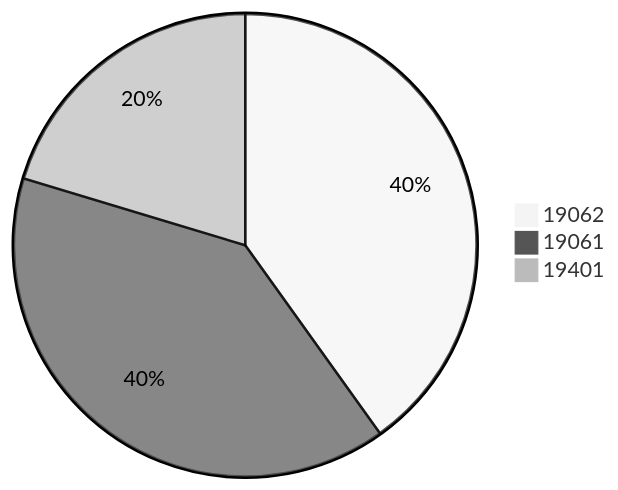
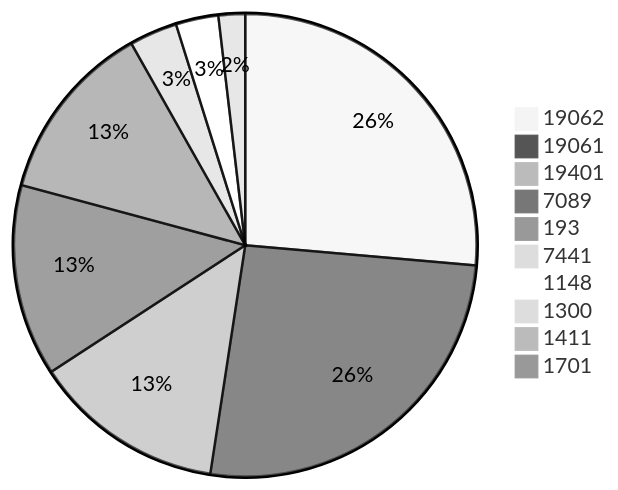
One commit to karistom/task-status changed the first of 2 diagrams in README.md. Above: the diagram before and after it, drawn with Mermaid (neutral theme).

````diff
--- a/README.md
+++ b/README.md
@@ -1,6 +1,13 @@
 ```mermaid
 pie
 "19062" : 71
 "19061" : 70
 "19401" : 36
+"7089"  : 36
+"193"   : 34
+"7441"  : 9
+"1148"  : 8
+"1300"  : 5
+"1411"  : 2
+"1701"  : 1
 ```
````
